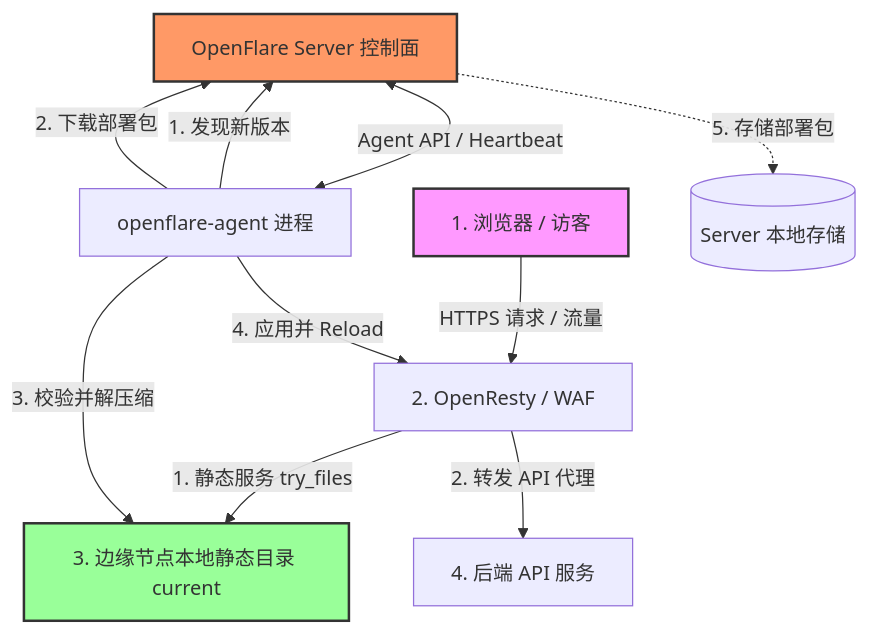
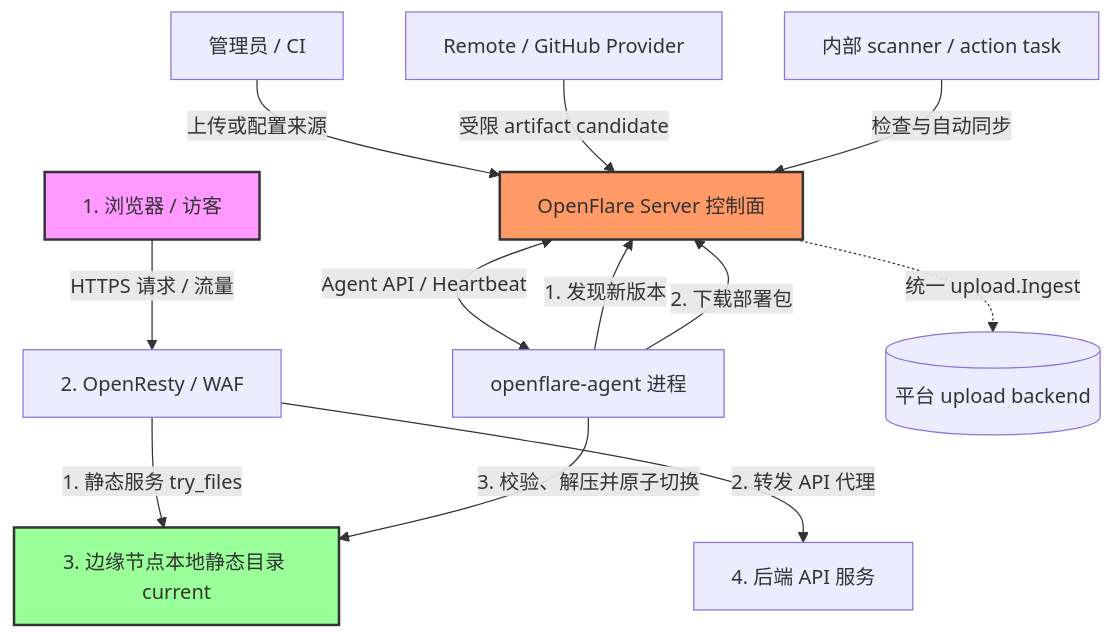
One commit to Rain-kl/OpenFlare changed the diagram in docs/design/pages-design.md. Above: the diagram before and after it, drawn with Mermaid. The commit also changed other lines of this file and 7 other files, not shown here.

````diff
--- a/docs/design/pages-design.md
+++ b/docs/design/pages-design.md
@@ -45,20 +46,22 @@
 ```mermaid
 graph TD
     %% 数据流
     Browser[1. 浏览器 / 访客] -->|HTTPS 请求 / 流量| OpenResty[2. OpenResty / WAF]
     OpenResty -->|1. 静态服务 try_files| StaticFiles[3. 边缘节点本地静态目录 current]
     OpenResty -->|2. 转发 API 代理| BackEnd[4. 后端 API 服务]
 
     %% 控制流与心跳
-    Server[OpenFlare Server 控制面] <-->|Agent API / Heartbeat| Agent[openflare-agent 进程]
-    Server -.->|5. 存储部署包| LocalStore[(Server 本地存储)]
+    Admin[管理员 / CI] -->|上传或配置来源| Server[OpenFlare Server 控制面]
+    Providers[Remote / GitHub Provider] -->|受限 artifact candidate| Server
+    Scanner[内部 scanner / action task] -->|检查与自动同步| Server
+    Server <-->|Agent API / Heartbeat| Agent[openflare-agent 进程]
+    Server -.->|统一 upload.Ingest| UploadStore[(平台 upload backend)]
     
     Agent -->|1. 发现新版本| Server
     Agent -->|2. 下载部署包| Server
-    Agent -->|3. 校验并解压缩| StaticFiles
-    Agent -->|4. 应用并 Reload| OpenResty
+    Agent -->|3. 校验、解压并原子切换| StaticFiles
 
     style Browser fill:#f9f,stroke:#333,stroke-width:2px
     style StaticFiles fill:#9f9,stroke:#333,stroke-width:2px
     style Server fill:#f96,stroke:#333,stroke-width:2px
 ```
````
